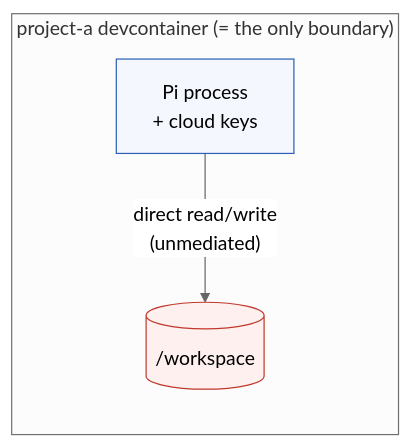
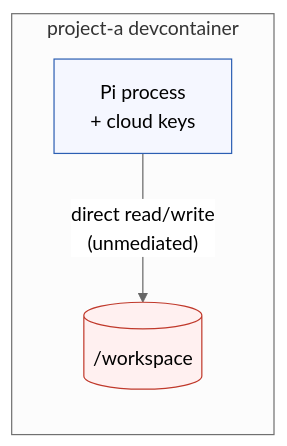
The first of 3 diagrams in docs/alternatives.md (kieranpotts/genie), drawn with Mermaid (neutral theme) before and after one commit. The commit also changed other lines of this file and 5 other files, not shown here.

````diff
--- a/docs/alternatives.md
+++ b/docs/alternatives.md
@@ -9,12 +12,12 @@
   ```mermaid
   flowchart LR
-    subgraph dc["project-a devcontainer (= the only boundary)"]
+    subgraph dc["project-a devcontainer"]
       pi["Pi process<br/>+ cloud keys"]
       ws[("/workspace")]
       pi -->|"direct read/write<br/>(unmediated)"| ws
     end
     classDef agent fill:#f5f7ff,stroke:#2c5fb3,color:#000;
     classDef danger fill:#fff0f0,stroke:#c0392b,color:#000;
     class pi agent;
     class ws danger;
   ```
````
